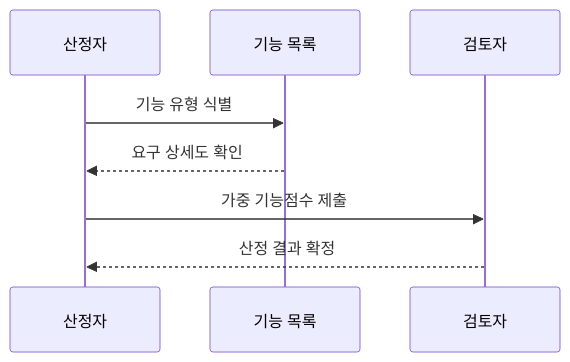
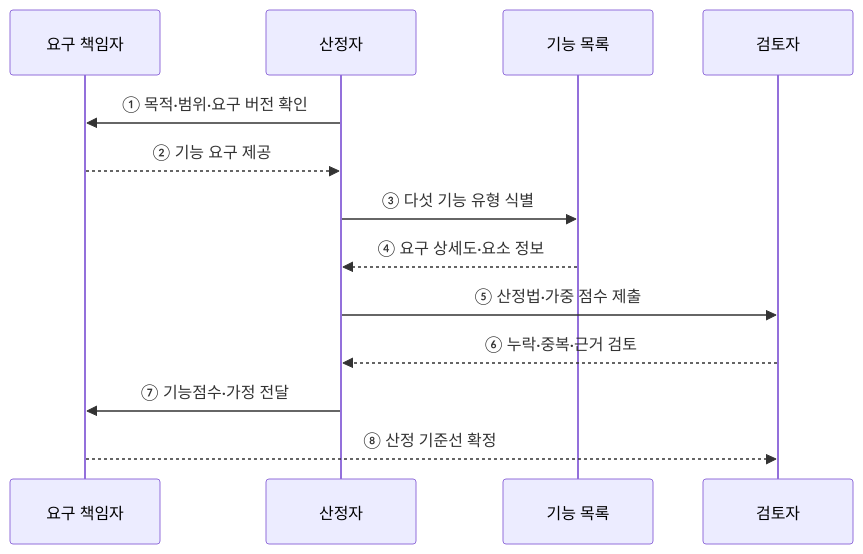
One commit to agnusdei1207/knowledge-base changed the second of 2 diagrams in src/content/docs/notes/03-software/074_fp_estimation_method.md. Above: the diagram before and after it, drawn with Mermaid. The commit also changed other lines of this file and 20 other files, not shown here.

````diff
--- a/src/content/docs/notes/03-software/074_fp_estimation_method.md
+++ b/src/content/docs/notes/03-software/074_fp_estimation_method.md
@@ -77,10 +70,15 @@
 ```mermaid
 sequenceDiagram
+    participant U as 요구 책임자
     participant O as 산정자
     participant F as 기능 목록
     participant R as 검토자
-    O->>F: 기능 유형 식별
-    F-->>O: 요구 상세도 확인
-    O->>R: 가중 기능점수 제출
-    R-->>O: 산정 결과 확정
+    O->>U: ① 목적·범위·요구 버전 확인
+    U-->>O: ② 기능 요구 제공
+    O->>F: ③ 다섯 기능 유형 식별
+    F-->>O: ④ 요구 상세도·요소 정보
+    O->>R: ⑤ 산정법·가중 점수 제출
+    R-->>O: ⑥ 누락·중복·근거 검토
+    O->>U: ⑦ 기능점수·가정 전달
+    U-->>R: ⑧ 산정 기준선 확정
 ```
````
